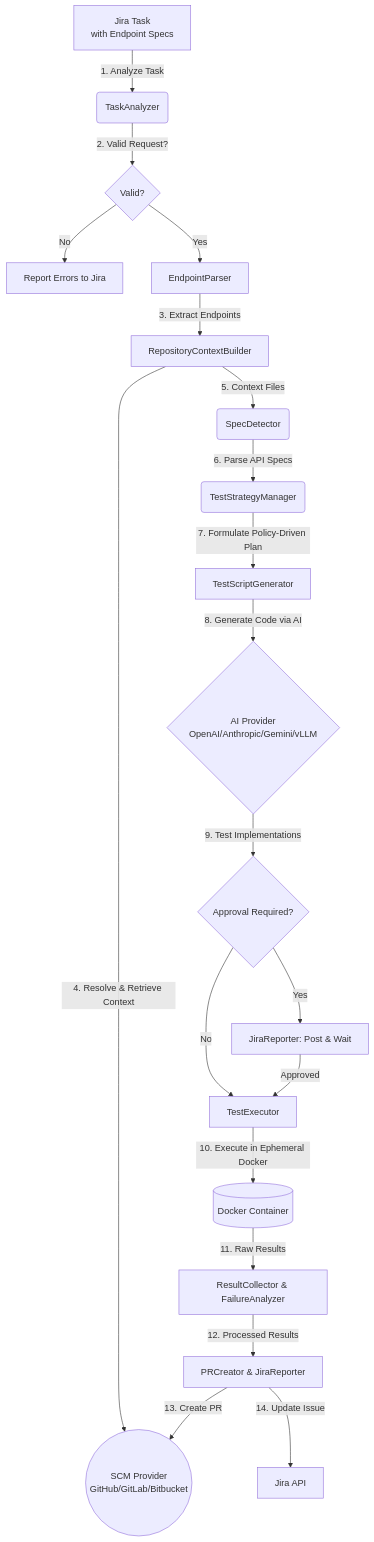
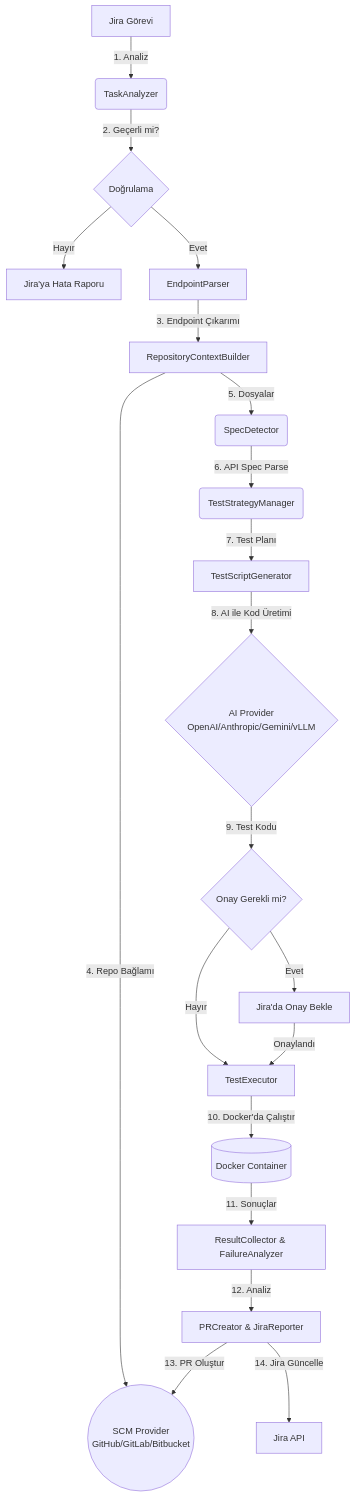
One commit to ahmetguness/mcp-jira-automation changed the diagram in README.md. Above: the diagram before and after it, drawn with Mermaid. The commit also changed other lines of this file and 17 other files, not shown here.

````diff
--- a/README.md
+++ b/README.md
@@ -13,22 +11,22 @@
 ```mermaid
 graph TD
-    A[Jira Task<br/>with Endpoint Specs] -->|1. Analyze Task| B(TaskAnalyzer)
-    B -->|2. Valid Request?| C{Valid?}
-    C -->|No| D[Report Errors to Jira]
-    C -->|Yes| E[EndpointParser]
-    E -->|3. Extract Endpoints| F[RepositoryContextBuilder]
-    F -->|4. Resolve & Retrieve Context| G((SCM Provider<br/>GitHub/GitLab/Bitbucket))
-    F -->|5. Context Files| H(SpecDetector)
-    H -->|6. Parse API Specs| I(TestStrategyManager)
-    I -->|7. Formulate Policy-Driven Plan| J[TestScriptGenerator]
-    J -->|8. Generate Code via AI| K{AI Provider<br/>OpenAI/Anthropic/Gemini/vLLM}
-    K -->|9. Test Implementations| L{Approval Required?}
-    L -->|Yes| M[JiraReporter: Post & Wait]
-    L -->|No| N[TestExecutor]
-    M -->|Approved| N
-    N -->|10. Execute in Ephemeral Docker| O[(Docker Container)]
-    O -->|11. Raw Results| P[ResultCollector & FailureAnalyzer]
-    P -->|12. Processed Results| Q[PRCreator & JiraReporter]
-    Q -->|13. Create PR| G
-    Q -->|14. Update Issue| R[Jira API]
+    A[Jira Görevi] -->|1. Analiz| B(TaskAnalyzer)
+    B -->|2. Geçerli mi?| C{Doğrulama}
+    C -->|Hayır| D[Jira'ya Hata Raporu]
+    C -->|Evet| E[EndpointParser]
+    E -->|3. Endpoint Çıkarımı| F[RepositoryContextBuilder]
+    F -->|4. Repo Bağlamı| G((SCM Provider<br/>GitHub/GitLab/Bitbucket))
+    F -->|5. Dosyalar| H(SpecDetector)
+    H -->|6. API Spec Parse| I(TestStrategyManager)
+    I -->|7. Test Planı| J[TestScriptGenerator]
+    J -->|8. AI ile Kod Üretimi| K{AI Provider<br/>OpenAI/Anthropic/Gemini/vLLM}
+    K -->|9. Test Kodu| L{Onay Gerekli mi?}
+    L -->|Evet| M[Jira'da Onay Bekle]
+    L -->|Hayır| N[TestExecutor]
+    M -->|Onaylandı| N
+    N -->|10. Docker'da Çalıştır| O[(Docker Container)]
+    O -->|11. Sonuçlar| P[ResultCollector & FailureAnalyzer]
+    P -->|12. Analiz| Q[PRCreator & JiraReporter]
+    Q -->|13. PR Oluştur| G
+    Q -->|14. Jira Güncelle| R[Jira API]
 ```
````
